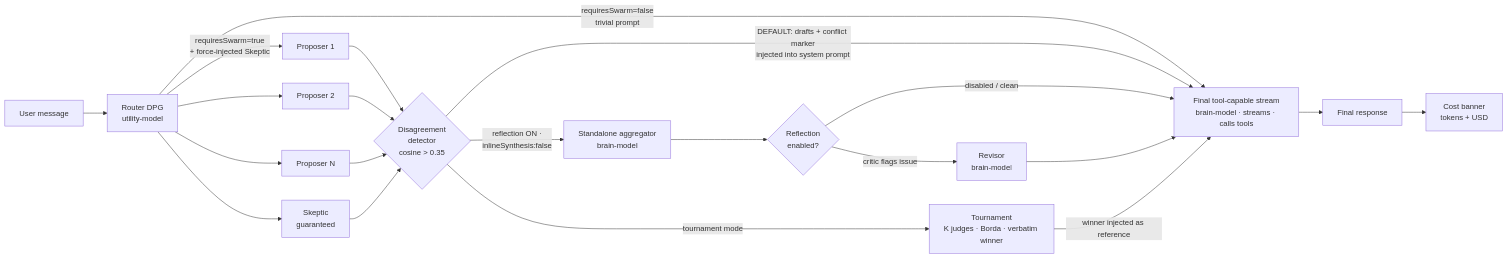
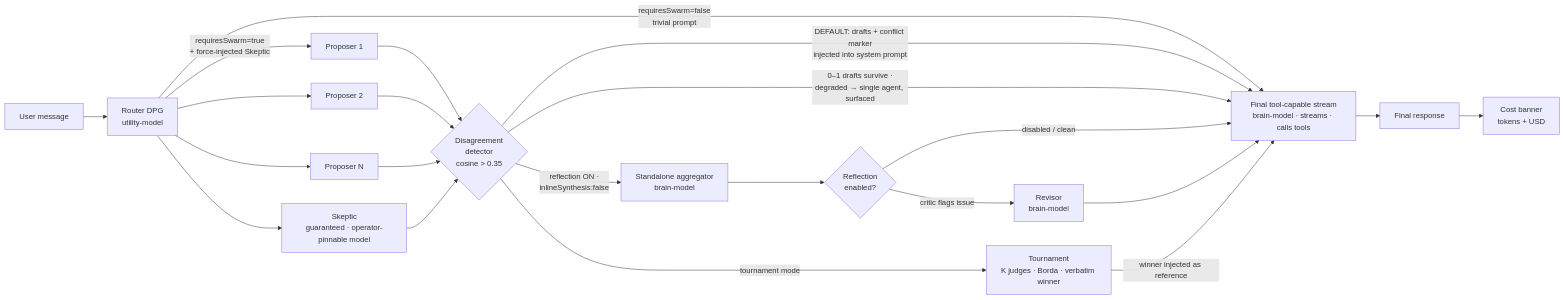
Before and after one commit to aleksbuss/orchestra: the diagram in README.md, drawn with Mermaid. The commit also changed other lines of this file, not shown here.

First line of the commit message:
docs(readme): refresh PM count, coverage, and swarm section (operator-owned Skeptic)

````diff
--- a/README.md
+++ b/README.md
@@ -55,23 +55,24 @@
 ```mermaid
 flowchart LR
     U[User message] --> R[Router DPG<br/>utility-model]
     R -->|requiresSwarm=false<br/>trivial prompt| FS
     R -->|requiresSwarm=true<br/>+ force-injected Skeptic| P1[Proposer 1]
     R --> P2[Proposer 2]
     R --> P3[Proposer N]
-    R --> PS[Skeptic<br/>guaranteed]
+    R --> PS[Skeptic<br/>guaranteed · operator-pinnable model]
     P1 --> DD{Disagreement<br/>detector<br/>cosine &gt; 0.35}
     P2 --> DD
     P3 --> DD
     PS --> DD
     DD -->|DEFAULT: drafts + conflict marker<br/>injected into system prompt| FS[Final tool-capable stream<br/>brain-model · streams · calls tools]
+    DD -->|0–1 drafts survive ·<br/>degraded → single agent, surfaced| FS
     DD -->|reflection ON ·<br/>inlineSynthesis:false| AGG[Standalone aggregator<br/>brain-model]
     DD -->|tournament mode| TQ[Tournament<br/>K judges · Borda · verbatim winner]
     AGG --> REF{Reflection<br/>enabled?}
     REF -->|critic flags issue| REV[Revisor<br/>brain-model]
     REF -->|disabled / clean| FS
     REV --> FS
     TQ -->|winner injected as reference| FS
     FS --> OUT[Final response]
     OUT --> CB[Cost banner<br/>tokens + USD]
 ```
````
